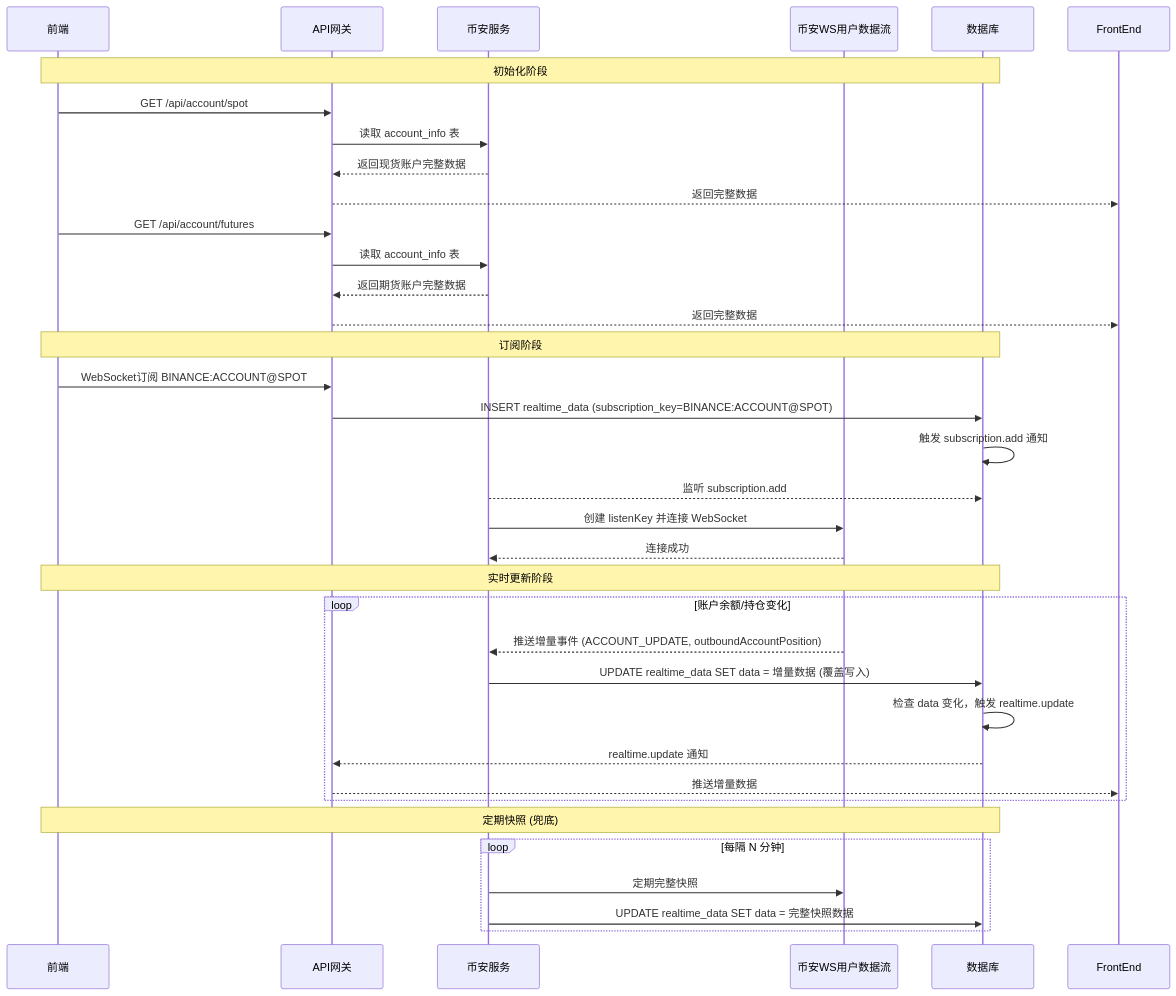
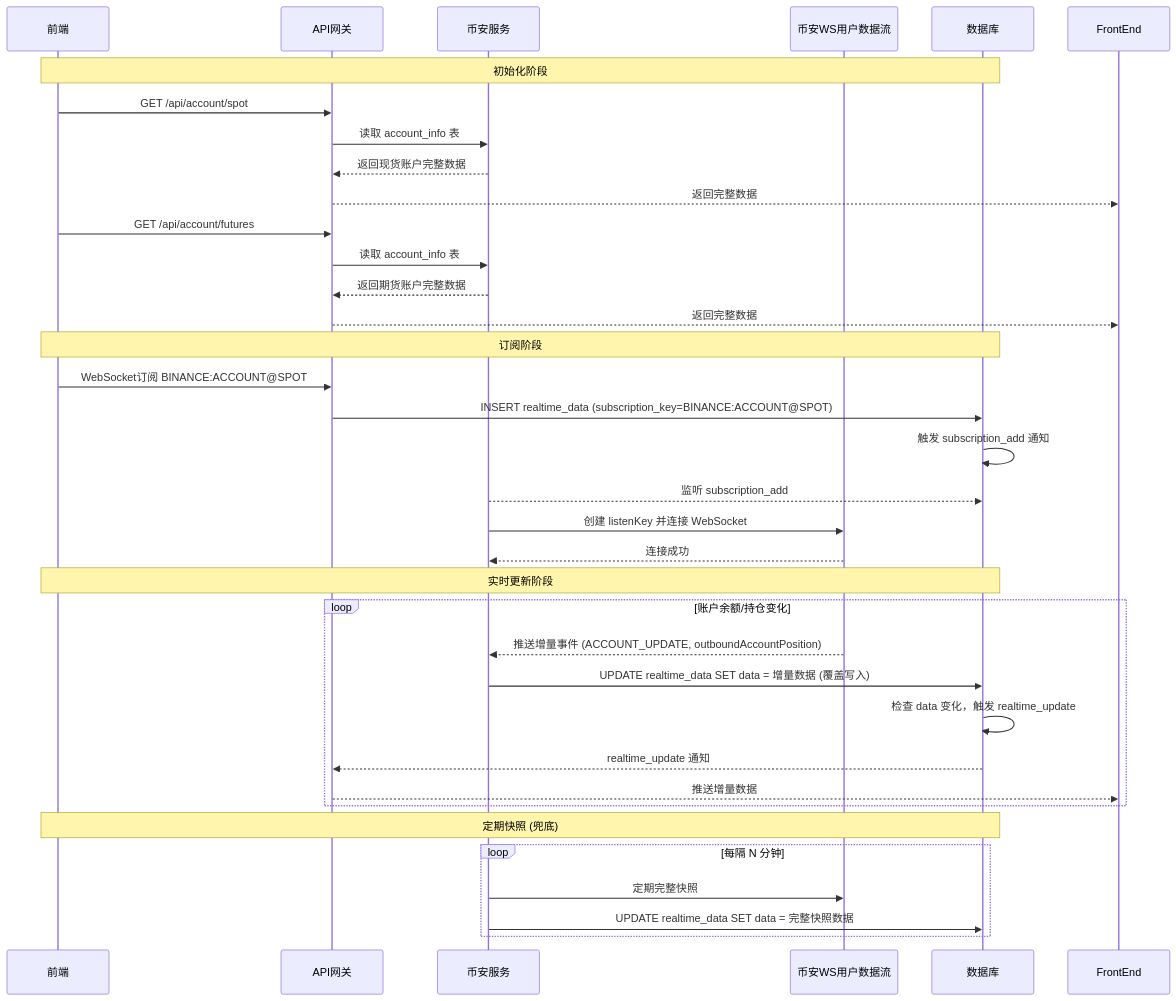
The eighth of 10 diagrams in docs/backend/design/02-dataflow.md (mj2154/quant-trading-system-2602), drawn with Mermaid before and after one commit. The commit also changed other lines of this file and 32 other files, not shown here.

````diff
--- a/docs/backend/design/02-dataflow.md
+++ b/docs/backend/design/02-dataflow.md
@@ -321,47 +321,47 @@
 ```mermaid
 sequenceDiagram
     participant Frontend as 前端
     participant GW as API网关
     participant BN as 币安服务
     participant BinanceWS as 币安WS用户数据流
     participant DB as 数据库
 
     Note over Frontend, DB: 初始化阶段
 
     Frontend->>GW: GET /api/account/spot
     GW->>BN: 读取 account_info 表
     BN-->>GW: 返回现货账户完整数据
     GW-->>FrontEnd: 返回完整数据
 
     Frontend->>GW: GET /api/account/futures
     GW->>BN: 读取 account_info 表
     BN-->>GW: 返回期货账户完整数据
     GW-->>FrontEnd: 返回完整数据
 
     Note over Frontend, DB: 订阅阶段
 
     Frontend->>GW: WebSocket订阅 BINANCE:ACCOUNT@SPOT
     GW->>DB: INSERT realtime_data (subscription_key=BINANCE:ACCOUNT@SPOT)
-    DB->>DB: 触发 subscription.add 通知
+    DB->>DB: 触发 subscription_add 通知
 
-    BN-->>DB: 监听 subscription.add
+    BN-->>DB: 监听 subscription_add
     BN->>BinanceWS: 创建 listenKey 并连接 WebSocket
     BinanceWS-->>BN: 连接成功
 
     Note over Frontend, DB: 实时更新阶段
 
     loop 账户余额/持仓变化
         BinanceWS-->>BN: 推送增量事件 (ACCOUNT_UPDATE, outboundAccountPosition)
         BN->>DB: UPDATE realtime_data SET data = 增量数据 (覆盖写入)
-        DB->>DB: 检查 data 变化，触发 realtime.update
-        DB-->>GW: realtime.update 通知
+        DB->>DB: 检查 data 变化，触发 realtime_update
+        DB-->>GW: realtime_update 通知
         GW-->>FrontEnd: 推送增量数据
     end
 
     Note over Frontend, DB: 定期快照 (兜底)
 
     loop 每隔 N 分钟
         BN->>BinanceWS: 定期完整快照
         BN->>DB: UPDATE realtime_data SET data = 完整快照数据
     end
 ```
````
